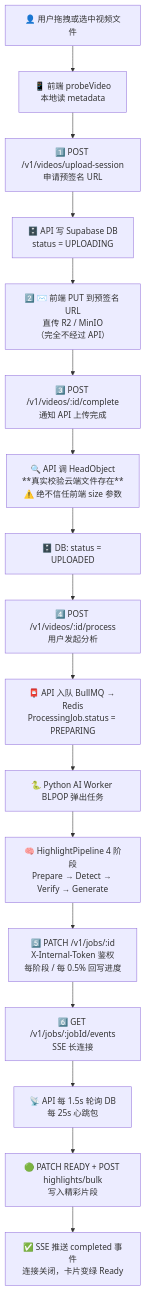
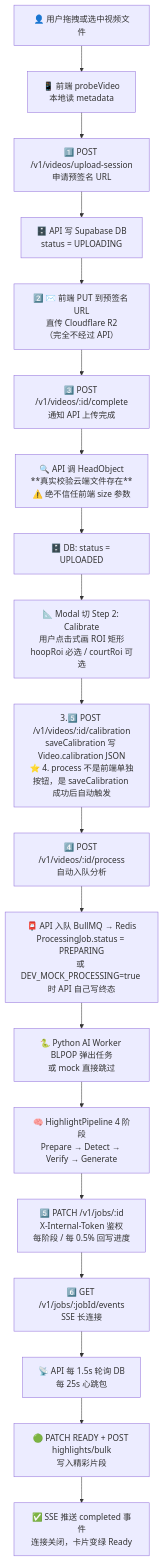
Before and after one commit to JiexinLee/shoot-the-ball: the first of 3 diagrams in docs/requirements/1.0/uploading_behavior.md, drawn with Mermaid. The commit also changed other lines of this file and 2 other files, not shown here.

````diff
--- a/docs/requirements/1.0/uploading_behavior.md
+++ b/docs/requirements/1.0/uploading_behavior.md
@@ -16,19 +20,21 @@
 ```mermaid
 flowchart TD
     A[👤 用户拖拽或选中视频文件] --> B[📱 前端 probeVideo<br/>本地读 metadata]
     B --> C[1️⃣ POST /v1/videos/upload-session<br/>申请预签名 URL]
     C --> D[🗄️ API 写 Supabase DB<br/>status = UPLOADING]
-    D --> E[2️⃣ ✉️ 前端 PUT 到预签名 URL<br/>直传 R2 / MinIO<br/>（完全不经过 API）]
+    D --> E[2️⃣ ✉️ 前端 PUT 到预签名 URL<br/>直传 Cloudflare R2<br/>（完全不经过 API）]
     E --> F[3️⃣ POST /v1/videos/:id/complete<br/>通知 API 上传完成]
     F --> G[🔍 API 调 HeadObject<br/>**真实校验云端文件存在**<br/>⚠️ 绝不信任前端 size 参数]
     G --> H[🗄️ DB: status = UPLOADED]
-    H --> I[4️⃣ POST /v1/videos/:id/process<br/>用户发起分析]
-    I --> J[📮 API 入队 BullMQ → Redis<br/>ProcessingJob.status = PREPARING]
-    J --> K[🐍 Python AI Worker BLPOP 弹出任务]
-    K --> L[🧠 HighlightPipeline 4 阶段<br/>Prepare → Detect → Verify → Generate]
-    L --> M[5️⃣ PATCH /v1/jobs/:id<br/>X-Internal-Token 鉴权<br/>每阶段 / 每 0.5% 回写进度]
-    M --> N[6️⃣ GET /v1/jobs/:jobId/events<br/>SSE 长连接]
-    N --> O[📡 API 每 1.5s 轮询 DB<br/>每 25s 心跳包]
-    O --> P[🟢 PATCH READY + POST highlights/bulk<br/>写入精彩片段]
-    P --> Q[✅ SSE 推送 completed 事件<br/>连接关闭，卡片变绿 Ready]
+    H --> I[📐 Modal 切 Step 2: Calibrate<br/>用户点击式画 ROI 矩形<br/>hoopRoi 必选 / courtRoi 可选]
+    I --> J[3.5️⃣ POST /v1/videos/:id/calibration<br/>saveCalibration 写 Video.calibration JSON<br/>⭐ 4. process 不是前端单独按钮，是 saveCalibration 成功后自动触发]
+    J --> K[4️⃣ POST /v1/videos/:id/process<br/>自动入队分析]
+    K --> L[📮 API 入队 BullMQ → Redis<br/>ProcessingJob.status = PREPARING<br/>或 DEV_MOCK_PROCESSING=true 时 API 自己写终态]
+    L --> M[🐍 Python AI Worker BLPOP 弹出任务<br/>或 mock 直接跳过]
+    M --> N[🧠 HighlightPipeline 4 阶段<br/>Prepare → Detect → Verify → Generate]
+    N --> O[5️⃣ PATCH /v1/jobs/:id<br/>X-Internal-Token 鉴权<br/>每阶段 / 每 0.5% 回写进度]
+    O --> P[6️⃣ GET /v1/jobs/:jobId/events<br/>SSE 长连接]
+    P --> Q[📡 API 每 1.5s 轮询 DB<br/>每 25s 心跳包]
+    Q --> R[🟢 PATCH READY + POST highlights/bulk<br/>写入精彩片段]
+    R --> S[✅ SSE 推送 completed 事件<br/>连接关闭，卡片变绿 Ready]
 ```
````
